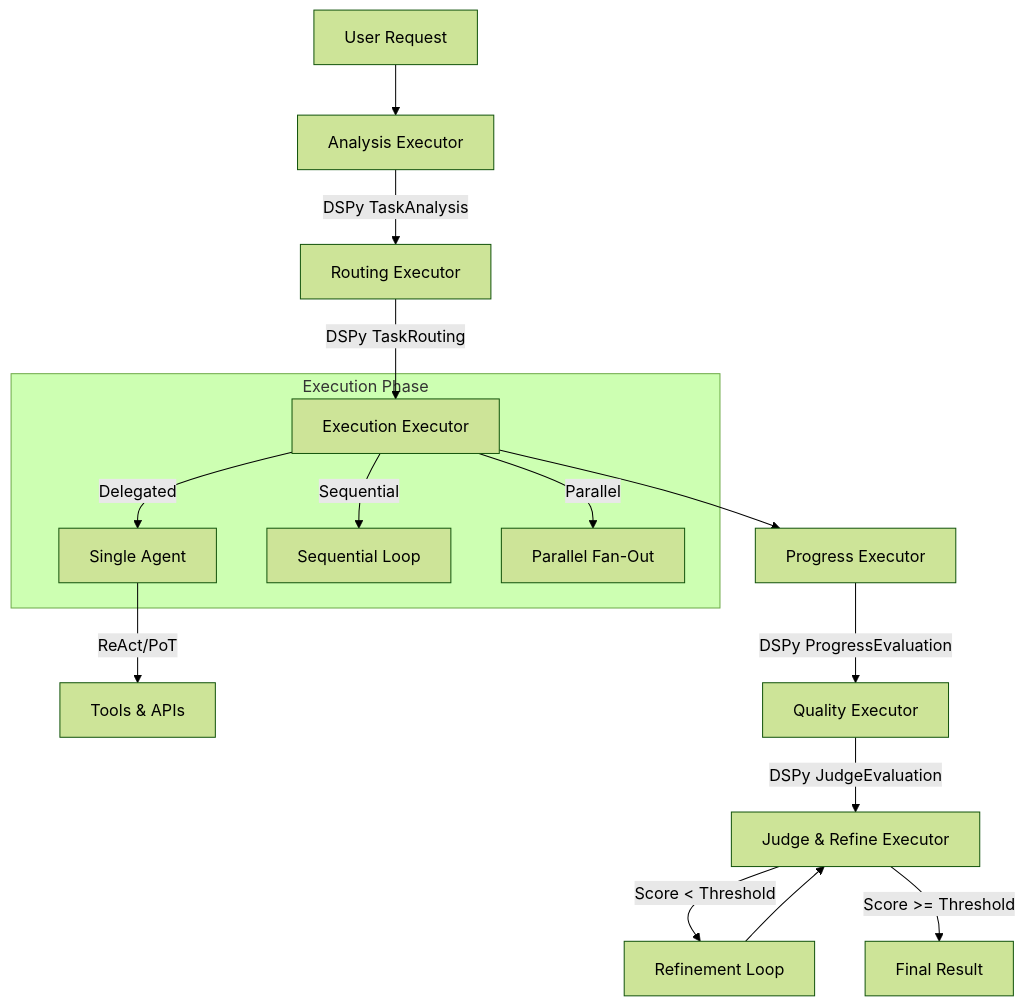
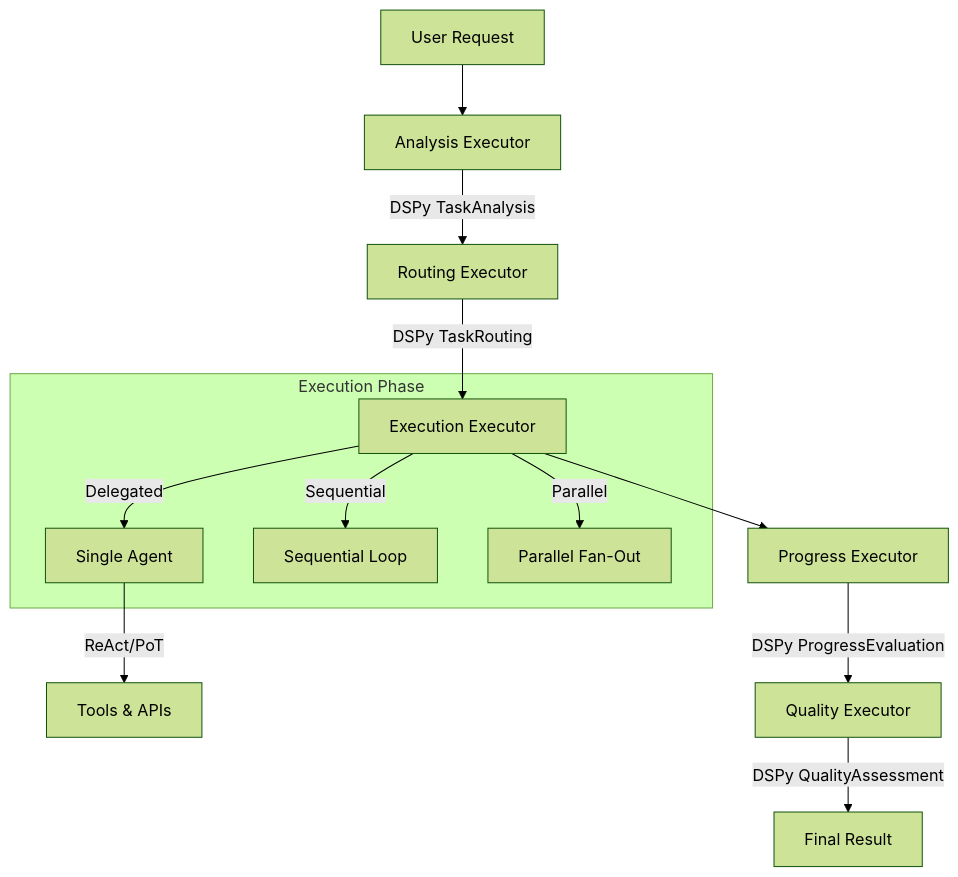
Before and after one commit to Qredence/agentic-fleet: the diagram in docs/developers/internals/SYNERGY.md, drawn with Mermaid (forest theme). The commit also changed other lines of this file and 138 other files, not shown here.

````diff
--- a/docs/developers/internals/SYNERGY.md
+++ b/docs/developers/internals/SYNERGY.md
@@ -14,22 +14,18 @@
 ```mermaid
 graph TD
     User[User Request] --> Analysis[Analysis Executor]
     Analysis -->|DSPy TaskAnalysis| Routing[Routing Executor]
     Routing -->|DSPy TaskRouting| Execution[Execution Executor]
 
     subgraph "Execution Phase"
         Execution -->|Delegated| AgentA[Single Agent]
         Execution -->|Sequential| Seq[Sequential Loop]
         Execution -->|Parallel| Par[Parallel Fan-Out]
     end
 
     AgentA -->|ReAct/PoT| Tools[Tools & APIs]
 
     Execution --> Progress[Progress Executor]
     Progress -->|DSPy ProgressEvaluation| Quality[Quality Executor]
-    Quality -->|DSPy JudgeEvaluation| JudgeRefine[Judge & Refine Executor]
-
-    JudgeRefine -->|Score < Threshold| RefineLoop[Refinement Loop]
-    RefineLoop --> JudgeRefine
-    JudgeRefine -->|Score >= Threshold| Final[Final Result]
+    Quality -->|DSPy QualityAssessment| Final[Final Result]
 ```
````
